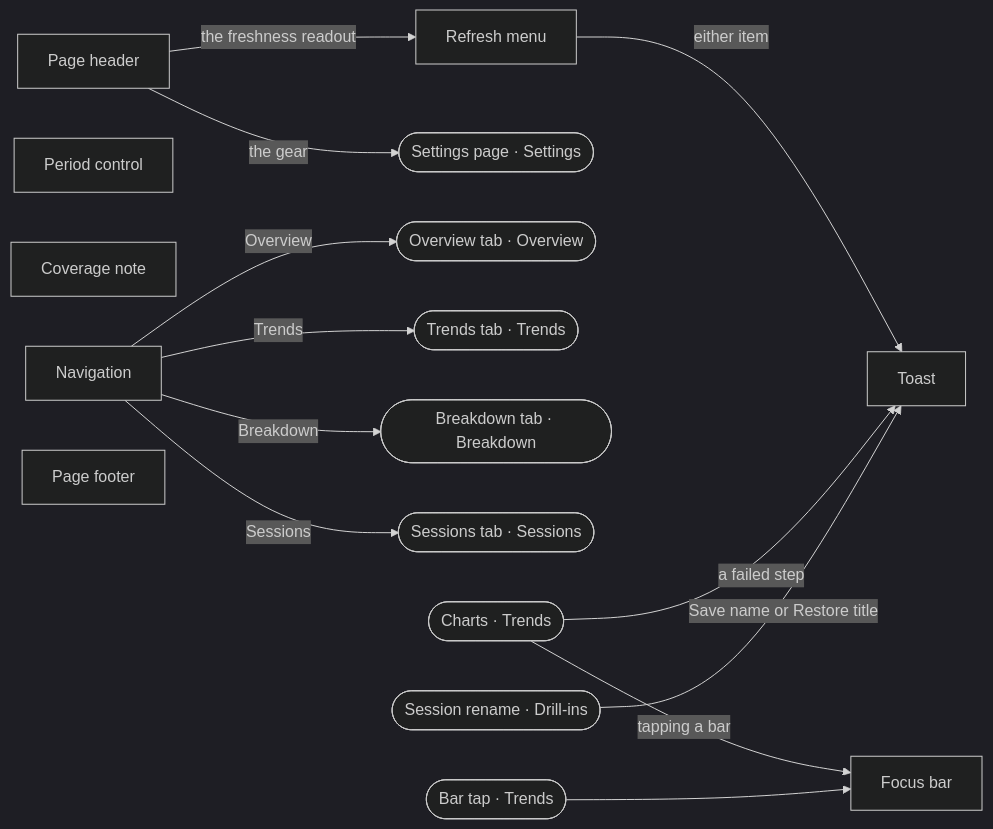
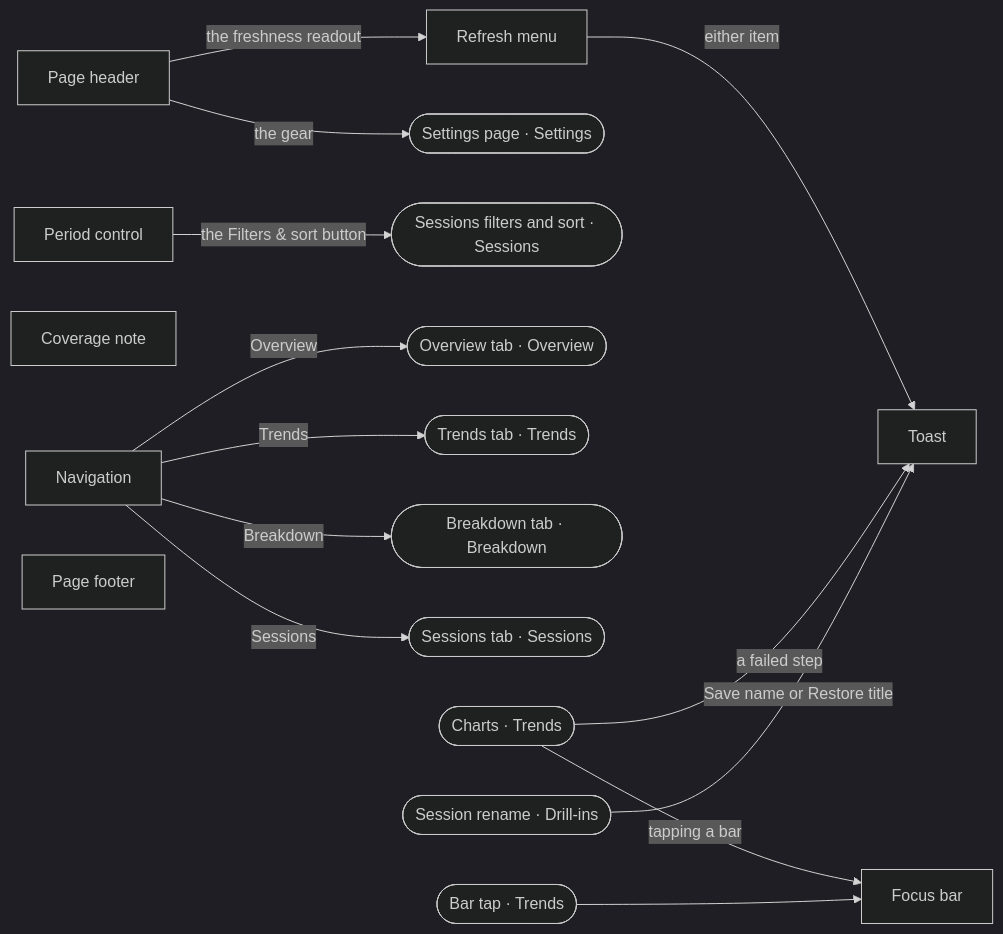
Before and after one commit to ferraroroberto/github-copilot-usage: the first of 7 diagrams in docs/ux-surface-map.md, drawn with Mermaid (dark theme). The commit also changed other lines of this file and 7 other files, not shown here.

First line of the commit message:
feat: move the Sessions sort and period into a Filters & sort sheet (#165)

````diff
--- a/docs/ux-surface-map.md
+++ b/docs/ux-surface-map.md
@@ -51,30 +51,32 @@
 ```mermaid
 flowchart LR
   s0["Page header"]
   s1["Refresh menu"]
   s2["Period control"]
   s3["Focus bar"]
   s4["Coverage note"]
   s5["Navigation"]
   s6["Page footer"]
   s7["Toast"]
-  s38(["Settings page · Settings"])
+  s39(["Settings page · Settings"])
+  s26(["Sessions filters and sort · Sessions"])
   s8(["Overview tab · Overview"])
   s14(["Trends tab · Trends"])
   s19(["Breakdown tab · Breakdown"])
   s24(["Sessions tab · Sessions"])
   s15(["Charts · Trends"])
   s16(["Bar tap · Trends"])
-  s29(["Session rename · Drill-ins"])
+  s30(["Session rename · Drill-ins"])
   s0 -->|"the freshness readout"| s1
-  s0 -->|"the gear"| s38
+  s0 -->|"the gear"| s39
   s1 -->|"either item"| s7
+  s2 -->|"the Filters & sort button"| s26
   s5 -->|"Overview"| s8
   s5 -->|"Trends"| s14
   s5 -->|"Breakdown"| s19
   s5 -->|"Sessions"| s24
   s15 -->|"tapping a bar"| s3
   s15 -->|"a failed step"| s7
   s16 --> s3
-  s29 -->|"Save name or Restore title"| s7
+  s30 -->|"Save name or Restore title"| s7
 ```
````
